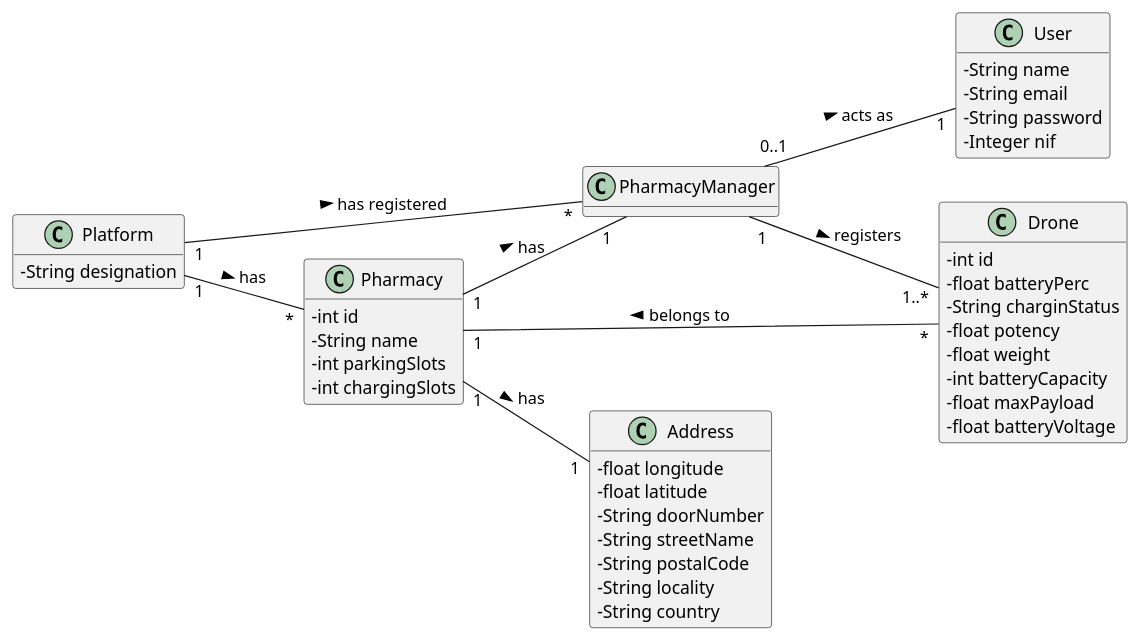
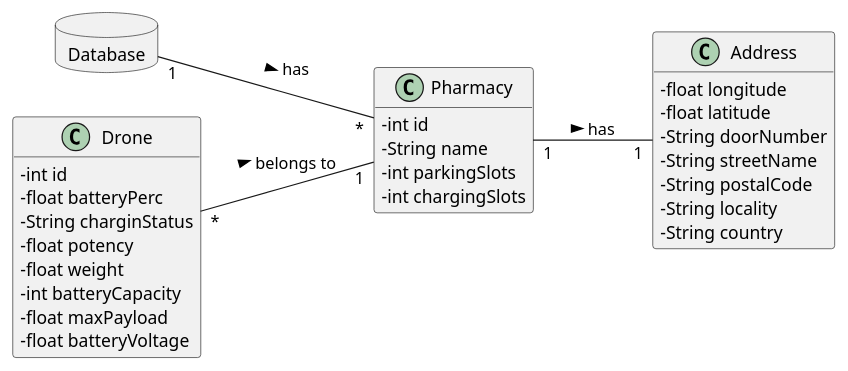
One commit to tiagoavcosta25/LAPR3 changed the diagram in docs/Iteration 2/Drone Management/US193_RegisterDrone/US193_DM.puml. Above: the diagram before and after it, drawn with PlantUML. The commit also changed 19 other files, not shown here.

```diff
--- a/docs/Iteration 2/Drone Management/US193_RegisterDrone/US193_DM.puml
+++ b/docs/Iteration 2/Drone Management/US193_RegisterDrone/US193_DM.puml
@@ -1,57 +1,42 @@
 @startuml
 skinparam classAttributeIconSize 0
 hide methods
 left to right direction
 
-class Platform {
-  -String designation
+database Database {
 }
 
 class Pharmacy {
   -int id
   -String name
   -int parkingSlots
   -int chargingSlots
-}
-
-class User{
--   String name
--   String email
--   String password
--   Integer nif
-}
-
-class PharmacyManager {
 }
 
 class Drone{
   -int id
   -float batteryPerc
   -String charginStatus
   -float potency
   -float weight
   -int batteryCapacity
   -float maxPayload
   -float batteryVoltage
 }
 
 class Address{
   -float longitude
   -float latitude
   -String doorNumber
   -String streetName
   -String postalCode
   -String locality
   -String country
 }
 
 
 
-Platform "1" -- "*" Pharmacy : has >
-Platform "1" -- "*" PharmacyManager : has registered >
-PharmacyManager "0..1" -- "1" User: acts as >
-PharmacyManager "1" -- "1..*" Drone : registers >
-Pharmacy "1" -- "1" PharmacyManager : has >
+Database "1" -- "*" Pharmacy : has >
 Drone "*" -- "1" Pharmacy : belongs to >
 Pharmacy "1" -- "1" Address : has >
 @enduml
```
